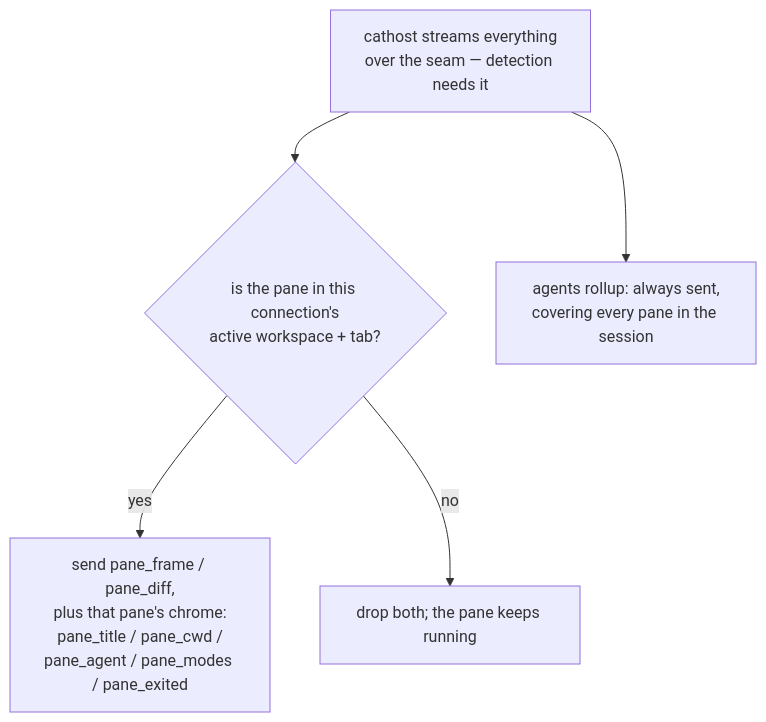
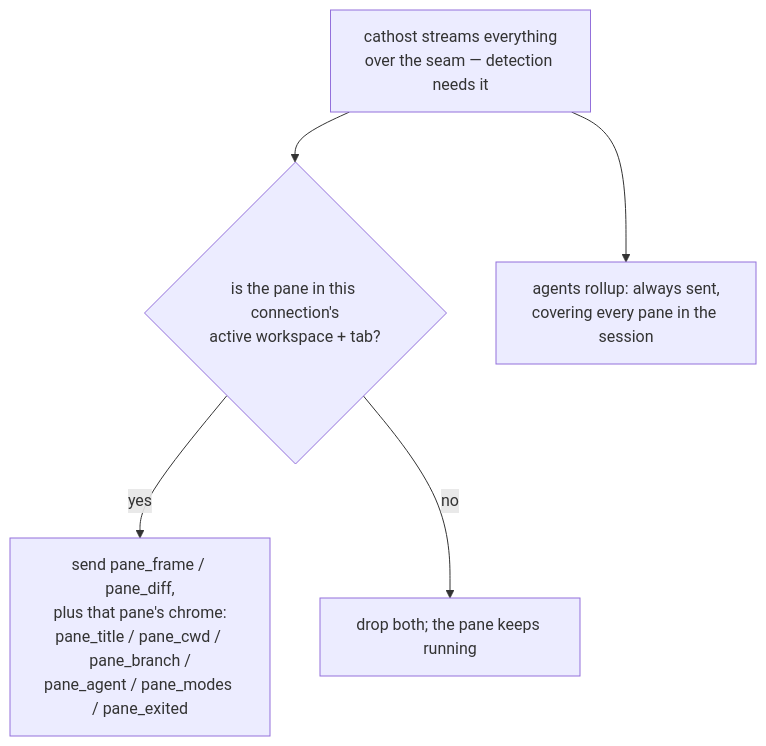
Before and after one commit to rohanthewiz/cats: the second of 2 diagrams in docs/protocols/browser-protocol.md, drawn with Mermaid. The commit also changed other lines of this file and 15 other files, not shown here.

````diff
--- a/docs/protocols/browser-protocol.md
+++ b/docs/protocols/browser-protocol.md
@@ -115,13 +116,13 @@
 ```mermaid
 flowchart TD
   D["cathost streams everything<br/>over the seam — detection needs it"]
   F{"is the pane in this connection's<br/>active workspace + tab?"}
-  Y["send pane_frame / pane_diff,<br/>plus that pane's chrome:<br/>pane_title / pane_cwd /<br/>pane_agent / pane_modes / pane_exited"]
+  Y["send pane_frame / pane_diff,<br/>plus that pane's chrome:<br/>pane_title / pane_cwd / pane_branch /<br/>pane_agent / pane_modes / pane_exited"]
   N["drop both; the pane keeps running"]
   C["agents rollup: always sent,<br/>covering every pane in the session"]
 
   D --> F
   F -->|"yes"| Y
   F -->|"no"| N
   D --> C
 ```
````
